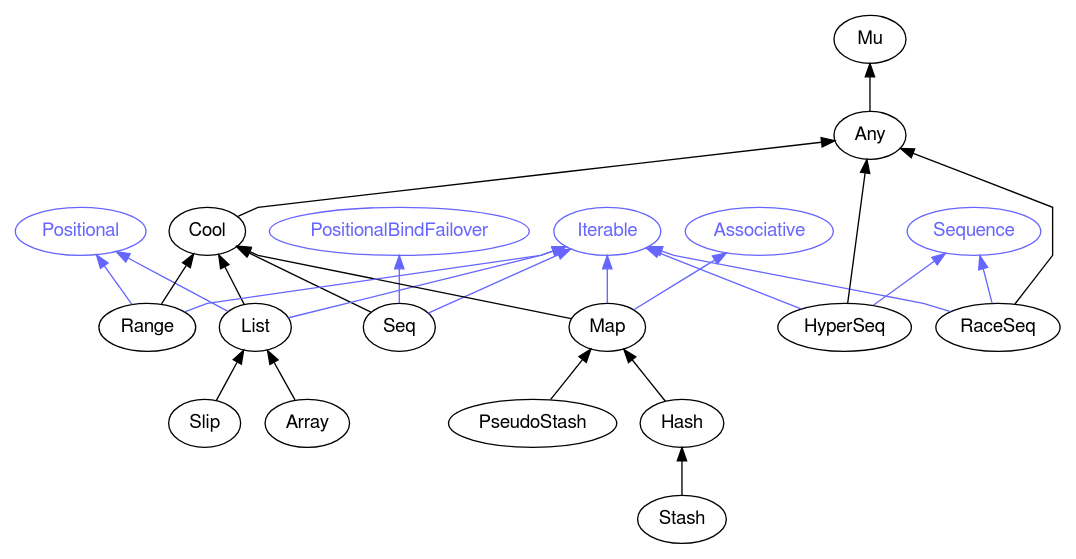
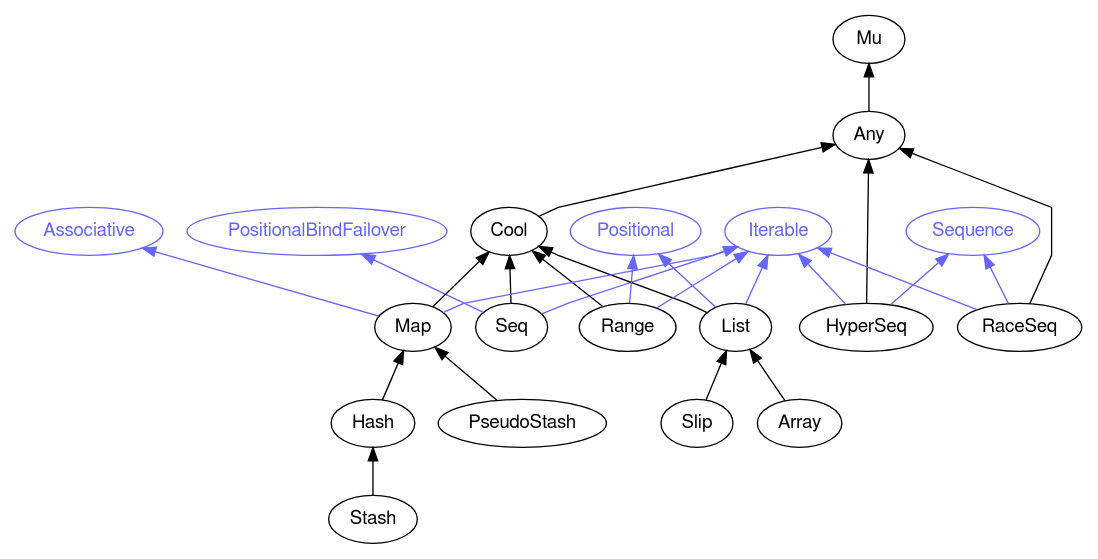
The diagram in images/type-graph-Iterable.svg.dot (perl6docs/perl6docs.github.io), drawn with Graphviz before and after one commit. The commit also changed other lines of this file and 4420 other files, not shown here.

```diff
--- a/images/type-graph-Iterable.svg.dot
+++ b/images/type-graph-Iterable.svg.dot
@@ -1,54 +1,54 @@
 digraph "perl6-type-graph" {
     rankdir=BT;
     splines=polyline;
     overlap=false; 
     // Types
     "Iterable" [color="#6666FF", fontcolor="#6666FF", href="/type/Iterable", fontname="FreeSans"];
     "Mu" [color="#000000", fontcolor="#000000", href="/type/Mu", fontname="FreeSans"];
     "Any" [color="#000000", fontcolor="#000000", href="/type/Any", fontname="FreeSans"];
+    "Sequence" [color="#6666FF", fontcolor="#6666FF", href="/type/Sequence", fontname="FreeSans"];
+    "HyperSeq" [color="#000000", fontcolor="#000000", href="/type/HyperSeq", fontname="FreeSans"];
     "Cool" [color="#000000", fontcolor="#000000", href="/type/Cool", fontname="FreeSans"];
     "PositionalBindFailover" [color="#6666FF", fontcolor="#6666FF", href="/type/PositionalBindFailover", fontname="FreeSans"];
     "Seq" [color="#000000", fontcolor="#000000", href="/type/Seq", fontname="FreeSans"];
     "Positional" [color="#6666FF", fontcolor="#6666FF", href="/type/Positional", fontname="FreeSans"];
     "List" [color="#000000", fontcolor="#000000", href="/type/List", fontname="FreeSans"];
-    "Sequence" [color="#6666FF", fontcolor="#6666FF", href="/type/Sequence", fontname="FreeSans"];
     "RaceSeq" [color="#000000", fontcolor="#000000", href="/type/RaceSeq", fontname="FreeSans"];
-    "HyperSeq" [color="#000000", fontcolor="#000000", href="/type/HyperSeq", fontname="FreeSans"];
+    "Range" [color="#000000", fontcolor="#000000", href="/type/Range", fontname="FreeSans"];
     "Associative" [color="#6666FF", fontcolor="#6666FF", href="/type/Associative", fontname="FreeSans"];
     "Map" [color="#000000", fontcolor="#000000", href="/type/Map", fontname="FreeSans"];
-    "Range" [color="#000000", fontcolor="#000000", href="/type/Range", fontname="FreeSans"];
     "Slip" [color="#000000", fontcolor="#000000", href="/type/Slip", fontname="FreeSans"];
     "Array" [color="#000000", fontcolor="#000000", href="/type/Array", fontname="FreeSans"];
+    "Hash" [color="#000000", fontcolor="#000000", href="/type/Hash", fontname="FreeSans"];
     "PseudoStash" [color="#000000", fontcolor="#000000", href="/type/PseudoStash", fontname="FreeSans"];
-    "Hash" [color="#000000", fontcolor="#000000", href="/type/Hash", fontname="FreeSans"];
     "Stash" [color="#000000", fontcolor="#000000", href="/type/Stash", fontname="FreeSans"];
 
     // Superclasses
     "Any" -> "Mu" [color="#000000"];
+    "HyperSeq" -> "Any" [color="#000000"];
     "Cool" -> "Any" [color="#000000"];
     "Seq" -> "Cool" [color="#000000"];
     "List" -> "Cool" [color="#000000"];
     "RaceSeq" -> "Any" [color="#000000"];
-    "HyperSeq" -> "Any" [color="#000000"];
+    "Range" -> "Cool" [color="#000000"];
     "Map" -> "Cool" [color="#000000"];
-    "Range" -> "Cool" [color="#000000"];
     "Slip" -> "List" [color="#000000"];
     "Array" -> "List" [color="#000000"];
+    "Hash" -> "Map" [color="#000000"];
     "PseudoStash" -> "Map" [color="#000000"];
-    "Hash" -> "Map" [color="#000000"];
     "Stash" -> "Hash" [color="#000000"];
 
     // Roles
+    "HyperSeq" -> "Iterable" [color="#6666FF"];
+    "HyperSeq" -> "Sequence" [color="#6666FF"];
     "Seq" -> "Iterable" [color="#6666FF"];
     "Seq" -> "PositionalBindFailover" [color="#6666FF"];
     "List" -> "Positional" [color="#6666FF"];
     "List" -> "Iterable" [color="#6666FF"];
     "RaceSeq" -> "Iterable" [color="#6666FF"];
     "RaceSeq" -> "Sequence" [color="#6666FF"];
-    "HyperSeq" -> "Iterable" [color="#6666FF"];
-    "HyperSeq" -> "Sequence" [color="#6666FF"];
+    "Range" -> "Positional" [color="#6666FF"];
+    "Range" -> "Iterable" [color="#6666FF"];
     "Map" -> "Iterable" [color="#6666FF"];
     "Map" -> "Associative" [color="#6666FF"];
-    "Range" -> "Positional" [color="#6666FF"];
-    "Range" -> "Iterable" [color="#6666FF"];
 }
```
